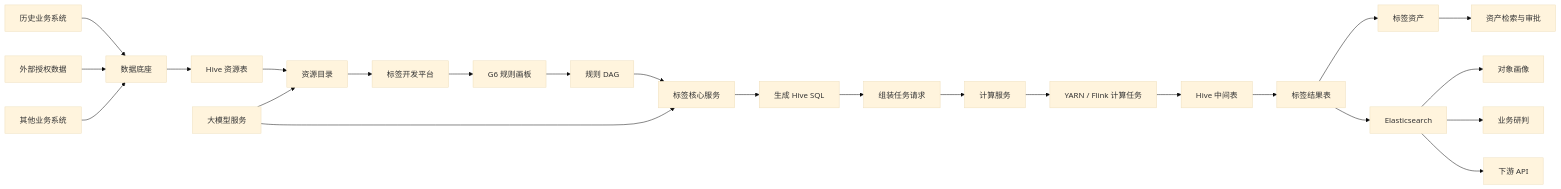
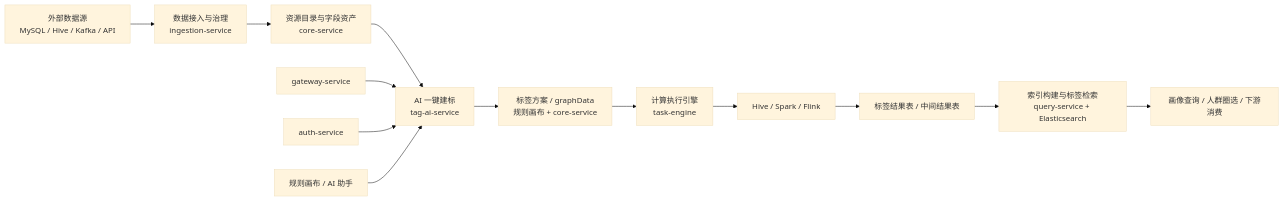
Before and after one commit to ironnn111/notes: the first of 3 diagrams in 项目/大数据资产管理平台项目介绍.md, drawn with Mermaid (base theme). The commit also changed other lines of this file and 1 other file, not shown here.

Commit message:
docs: update project intros for AI tag building

````diff
--- a/项目/大数据资产管理平台项目介绍.md
+++ b/项目/大数据资产管理平台项目介绍.md
@@ -56,32 +37,16 @@
 ```mermaid
 flowchart LR
-    A["历史业务系统"] --> D["数据底座"]
-    B["外部授权数据"] --> D
-    C["其他业务系统"] --> D
+    A["外部数据源<br/>MySQL / Hive / Kafka / API"] --> B["数据接入与治理<br/>ingestion-service"]
+    B --> C["资源目录与字段资产<br/>core-service"]
+    C --> D["AI 一键建标<br/>tag-ai-service"]
+    D --> E["标签方案 / graphData<br/>规则画布 + core-service"]
+    E --> F["计算执行引擎<br/>task-engine"]
+    F --> G["Hive / Spark / Flink"]
+    G --> H["标签结果表 / 中间结果表"]
+    H --> I["索引构建与标签检索<br/>query-service + Elasticsearch"]
+    I --> J["画像查询 / 人群圈选 / 下游消费"]
 
-    D --> E["Hive 资源表"]
-    E --> F["资源目录"]
-
-    F --> G["标签开发平台"]
-    G --> H["G6 规则画板"]
-    H --> I["规则 DAG"]
-
-    I --> J["标签核心服务"]
-    J --> K["生成 Hive SQL"]
-    K --> L["组装任务请求"]
-    L --> M["计算服务"]
-    M --> N["YARN / Flink 计算任务"]
-
-    N --> O["Hive 中间表"]
-    O --> P["标签结果表"]
-    P --> Q["标签资产"]
-    P --> R["Elasticsearch"]
-
-    Q --> S["资产检索与审批"]
-    R --> T["对象画像"]
-    R --> U["业务研判"]
-    R --> V["下游 API"]
-
-    W["大模型服务"] --> J
-    W --> F
+    K["gateway-service"] --> D
+    L["auth-service"] --> D
+    M["规则画布 / AI 助手"] --> D
 ```
````
